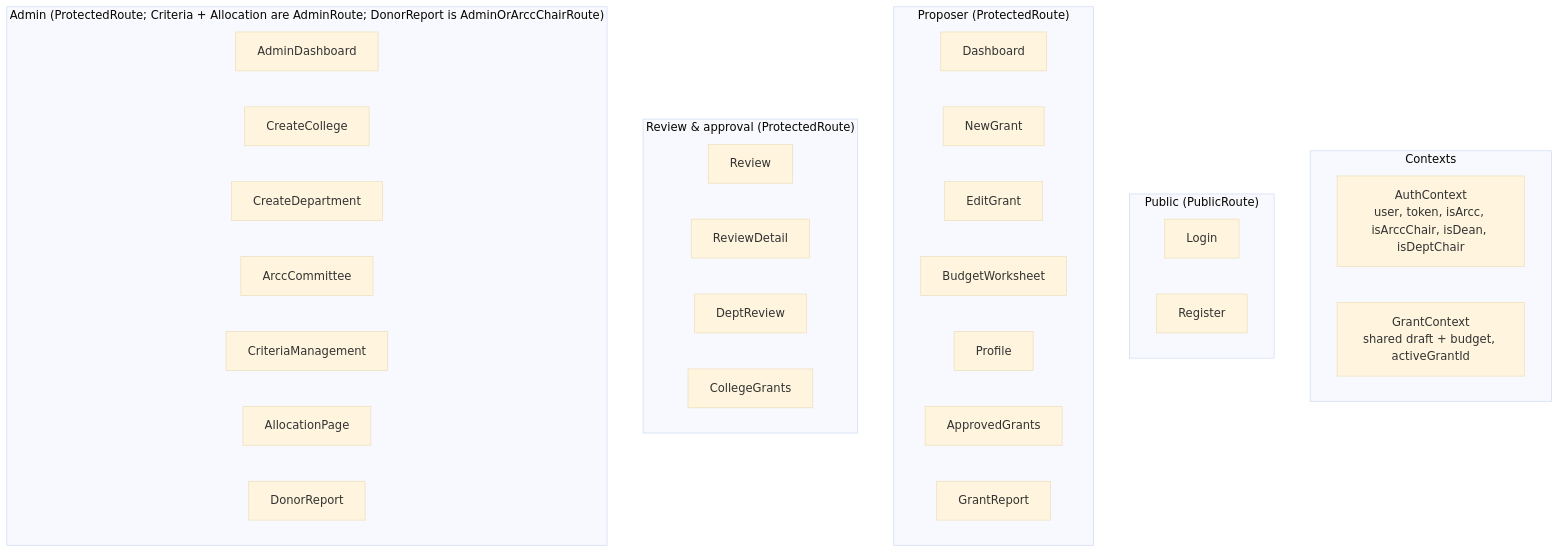
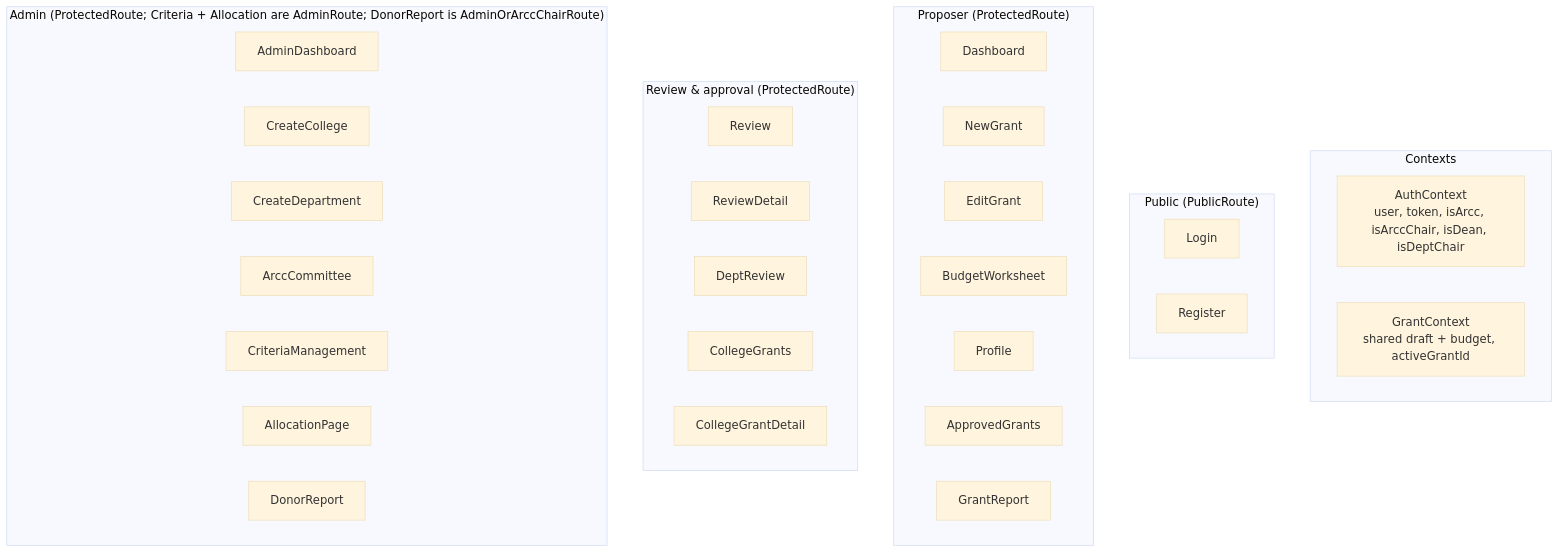
The second of 8 diagrams in docs/architecture.md (jayantiacharya/grant-management-system), drawn with Mermaid (base theme) before and after one commit. The commit also changed other lines of this file and 4 other files, not shown here.

````diff
--- a/docs/architecture.md
+++ b/docs/architecture.md
@@ -28,39 +28,40 @@
 ```mermaid
 flowchart TB
     subgraph Contexts
         AUTH["AuthContext<br/>user, token, isArcc, isArccChair, isDean, isDeptChair"]
         GRANT["GrantContext<br/>shared draft + budget, activeGrantId"]
     end
 
     subgraph Public ["Public (PublicRoute)"]
         LOGIN[Login]
         REG[Register]
     end
 
     subgraph Proposer ["Proposer (ProtectedRoute)"]
         DASH[Dashboard]
         NEW[NewGrant]
         EDIT[EditGrant]
         BUDGET[BudgetWorksheet]
         PROFILE[Profile]
         APPROVED[ApprovedGrants]
         REPORT[GrantReport]
     end
 
     subgraph Review ["Review & approval (ProtectedRoute)"]
         REV[Review]
         REVDET[ReviewDetail]
         DEPTREV[DeptReview]
         CG[CollegeGrants]
+        CGDET[CollegeGrantDetail]
     end
 
     subgraph Admin ["Admin (ProtectedRoute; Criteria + Allocation are AdminRoute; DonorReport is AdminOrArccChairRoute)"]
         ADASH[AdminDashboard]
         COLLEGE[CreateCollege]
         DEPT[CreateDepartment]
         ARCCPG[ArccCommittee]
         CRIT[CriteriaManagement]
         ALLOC[AllocationPage]
         DONOR[DonorReport]
     end
 ```
````
